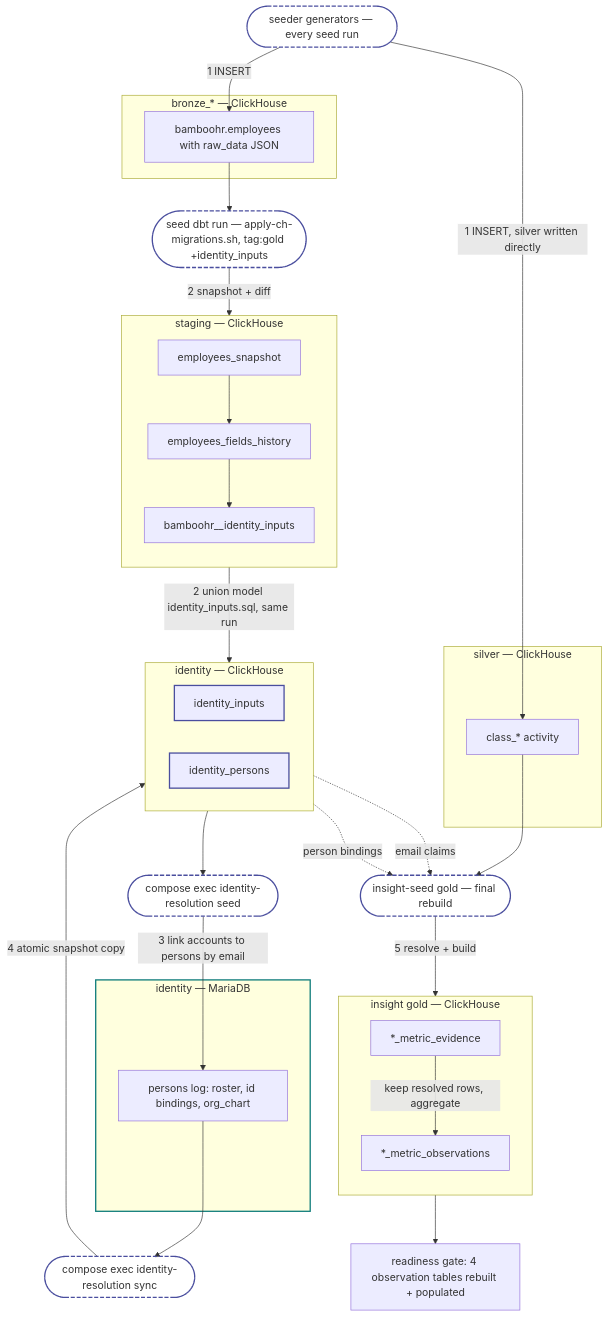
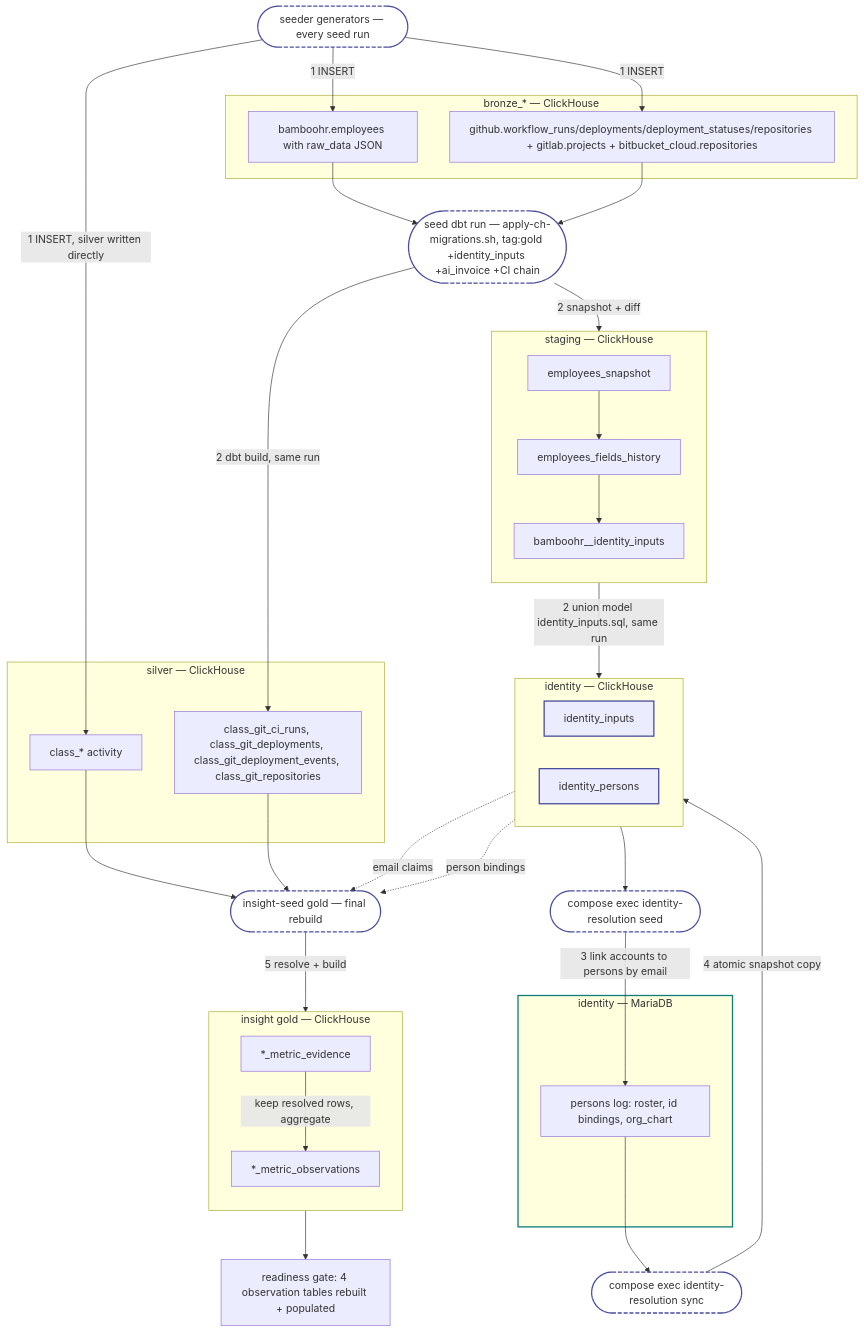
Before and after one commit to constructorfabric/insight: the diagram in src/ingestion/tools/seed/README.md, drawn with Mermaid.

Commit message:
docs(seed): document the CI bronze path in the seed flow

````diff
--- a/src/ingestion/tools/seed/README.md
+++ b/src/ingestion/tools/seed/README.md
@@ -48,49 +48,55 @@
 ```mermaid
 flowchart TB
   classDef actor fill:none,stroke:#4a4e9e,stroke-width:2px,stroke-dasharray:6 3
   classDef map stroke:#4a4e9e,stroke-width:2px
 
   GEN(["seeder generators — every seed run"]):::actor
-  DBT1(["seed dbt run — apply-ch-migrations.sh, tag:gold +identity_inputs"]):::actor
+  DBT1(["seed dbt run — apply-ch-migrations.sh, tag:gold +identity_inputs +ai_invoice +CI chain"]):::actor
   PSEED(["compose exec identity-resolution seed"]):::actor
   PSYNC(["compose exec identity-resolution sync"]):::actor
   DBT2(["insight-seed gold — final rebuild"]):::actor
 
   subgraph BZ["bronze_* — ClickHouse"]
     EMP["bamboohr.employees with raw_data JSON"]
+    CIBZ["github.workflow_runs/deployments/deployment_statuses/repositories + gitlab.projects + bitbucket_cloud.repositories"]
   end
   subgraph ST["staging — ClickHouse"]
     direction TB
     SNAP["employees_snapshot"] --> FH["employees_fields_history"] --> FEED["bamboohr__identity_inputs"]
   end
   subgraph IDD["identity — ClickHouse"]
     direction LR
     II["identity_inputs"]:::map
     IP["identity_persons"]:::map
   end
   subgraph MDB["identity — MariaDB"]
     PER["persons log: roster, id bindings, org_chart"]
   end
   subgraph SV["silver — ClickHouse"]
     CLS["class_* activity"]
+    CICLS["class_git_ci_runs, class_git_deployments, class_git_deployment_events, class_git_repositories"]
   end
   subgraph GD["insight gold — ClickHouse"]
     direction TB
     EVD["*_metric_evidence"] -->|"keep resolved rows, aggregate"| OBS["*_metric_observations"]
   end
 
   GEN -->|"1 INSERT"| EMP
+  GEN -->|"1 INSERT"| CIBZ
   GEN -->|"1 INSERT, silver written directly"| CLS
   EMP --> DBT1
+  CIBZ --> DBT1
   DBT1 -->|"2 snapshot + diff"| SNAP
   FEED -->|"2 union model identity_inputs.sql, same run"| II
+  DBT1 -->|"2 dbt build, same run"| CICLS
   II --> PSEED -->|"3 link accounts to persons by email"| PER
   PER --> PSYNC -->|"4 atomic snapshot copy"| IP
   CLS --> DBT2
+  CICLS --> DBT2
   II -.->|"email claims"| DBT2
   IP -.->|"person bindings"| DBT2
   DBT2 -->|"5 resolve + build"| EVD
   OBS --> GATE["readiness gate: 4 observation tables rebuilt + populated"]
 
   style MDB stroke:#0e7c7b,stroke-width:2px
 ```
````
